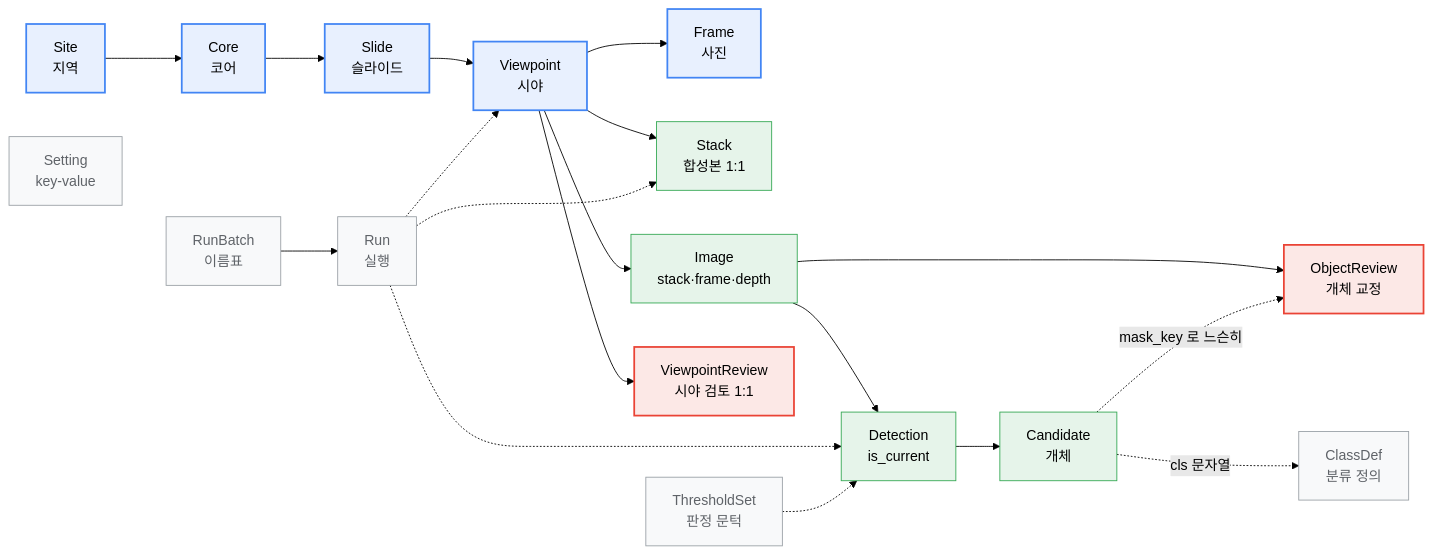
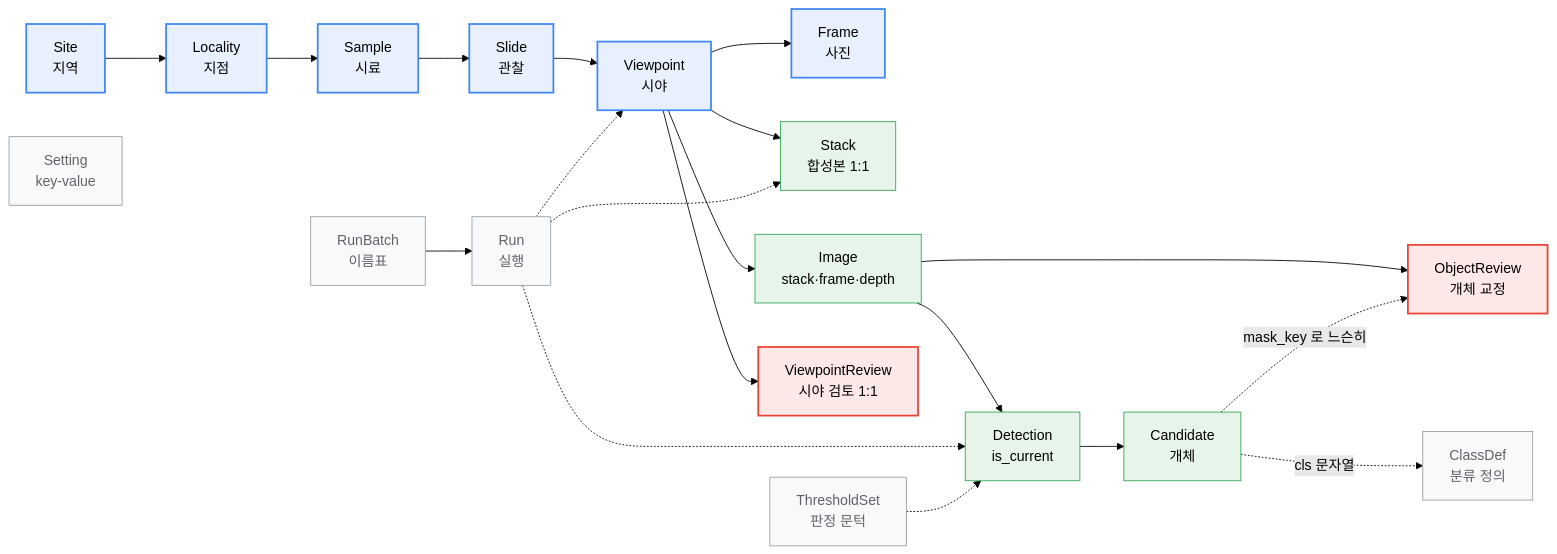
Before and after one commit to jikhanjung/DiaRUGA: the first of 5 diagrams in docs/20260804_db-erd-poster.md, drawn with Mermaid (forest theme). The commit also changed other lines of this file and 21 other files, not shown here.

First line of the commit message:
문서를 새 층에 맞춘다 — devlog 063, HANDOFF·TODOs·CLAUDE·DB 명세·ERD

````diff
--- a/docs/20260804_db-erd-poster.md
+++ b/docs/20260804_db-erd-poster.md
@@ -27,26 +28,26 @@
 ```mermaid
 flowchart LR
-    Site[Site<br/>지역] --> Core[Core<br/>코어] --> Slide[Slide<br/>슬라이드]
+    Site[Site<br/>지역] --> Loc[Locality<br/>지점] --> Smp[Sample<br/>시료] --> Slide[Slide<br/>관찰]
     Slide --> VP[Viewpoint<br/>시야] --> Frame[Frame<br/>사진]
     VP --> Stack[Stack<br/>합성본 1:1]
     VP --> Img[Image<br/>stack·frame·depth] --> Det[Detection<br/>is_current] --> Cand[Candidate<br/>개체]
     VP --> VR[ViewpointReview<br/>시야 검토 1:1]
     Img --> OR[ObjectReview<br/>개체 교정]
     Cand -. "mask_key 로 느슨히" .-> OR
     Cand -. "cls 문자열" .-> CD[ClassDef<br/>분류 정의]
     RB[RunBatch<br/>이름표] --> Run[Run<br/>실행]
     Run -.-> Det
     Run -.-> Stack
     Run -.-> VP
     TS[ThresholdSet<br/>판정 문턱] -.-> Det
     ST[Setting<br/>key-value]
 
     classDef stem fill:#e8f0fe,stroke:#4285f4,stroke-width:2px
     classDef human fill:#fce8e6,stroke:#ea4335,stroke-width:2px
     classDef det fill:#e6f4ea,stroke:#34a853
     classDef side fill:#f8f9fa,stroke:#9aa0a6,color:#5f6368
-    class Site,Core,Slide,VP,Frame stem
+    class Site,Loc,Smp,Slide,VP,Frame stem
     class OR,VR human
     class Det,Cand,Stack,Img det
     class RB,Run,TS,CD,ST side
 ```
````
